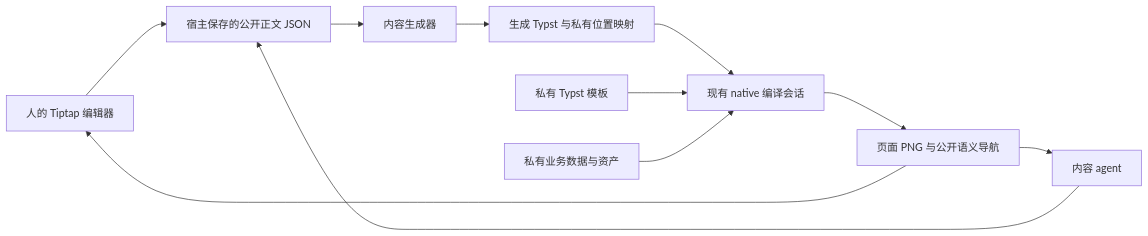
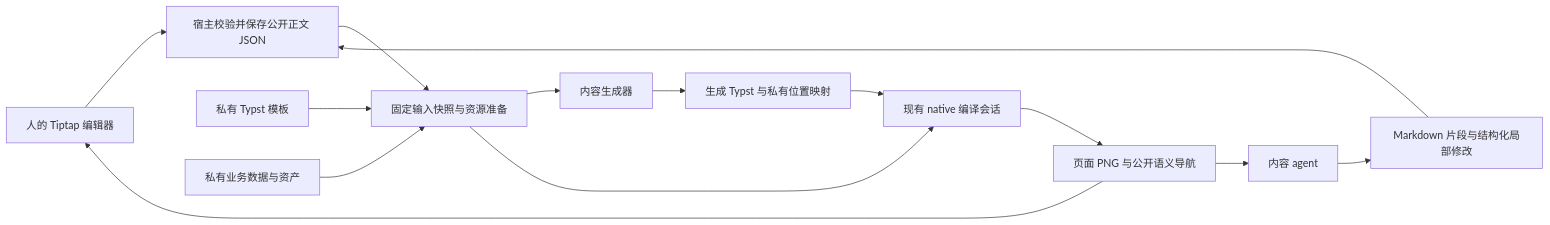
One commit to PluxelJS/pluxel changed the diagram in engineering/proposals/TYPST_AUTHORING_BOUNDARIES.md. Above: the diagram before and after it, drawn with Mermaid. The commit also changed other lines of this file, not shown here.

Commit message:
docs(typst): refine authoring boundaries and implementation plan

````diff
--- a/engineering/proposals/TYPST_AUTHORING_BOUNDARIES.md
+++ b/engineering/proposals/TYPST_AUTHORING_BOUNDARIES.md
@@ -58,13 +62,16 @@
 ```mermaid
 flowchart LR
-  H[人的 Tiptap 编辑器] --> J[宿主保存的公开正文 JSON]
-  A[内容 agent] --> J
-  J --> E[内容生成器]
+  H[人的 Tiptap 编辑器] --> J[宿主校验并保存公开正文 JSON]
+  A[内容 agent] --> W[Markdown 片段与结构化局部修改]
+  W --> J
+  J --> S[固定输入快照与资源准备]
+  S --> E[内容生成器]
   E --> G[生成 Typst 与私有位置映射]
   G --> C[现有 native 编译会话]
-  T[私有 Typst 模板] --> C
-  D[私有业务数据与资产] --> C
+  T[私有 Typst 模板] --> S
+  D[私有业务数据与资产] --> S
+  S --> C
   C --> P[页面 PNG 与公开语义导航]
   P --> H
   P --> A
 ```
````
